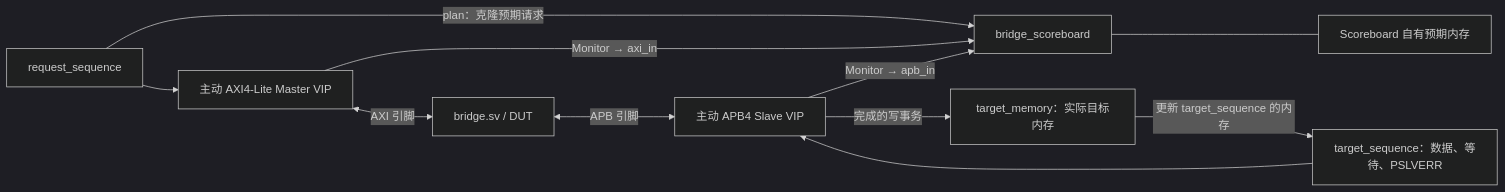
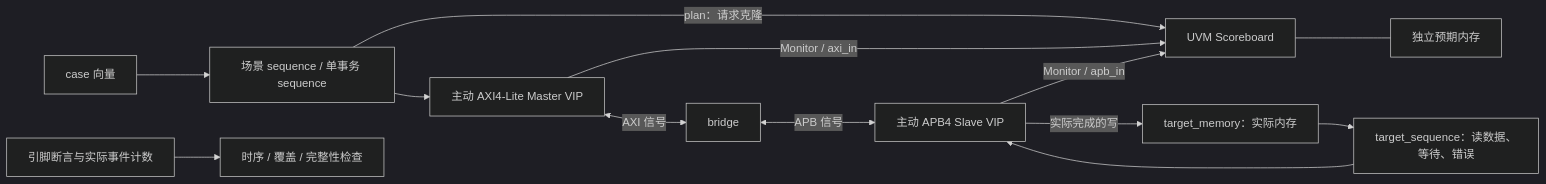
One commit to 5Mcv4He/ProtocolBridge-RL changed the second of 2 diagrams in docs/architecture.md. Above: the diagram before and after it, drawn with Mermaid (dark theme). The commit also changed other lines of this file and 34 other files, not shown here.

````diff
--- a/docs/architecture.md
+++ b/docs/architecture.md
@@ -41,13 +43,15 @@
 ```mermaid
 flowchart LR
-    SEQ["request_sequence"] --> AXI["主动 AXI4-Lite Master VIP"]
-    AXI <-->|"AXI 引脚"| DUT["bridge.sv / DUT"]
-    DUT <-->|"APB 引脚"| APB["主动 APB4 Slave VIP"]
-    SEQ -->|"plan：克隆预期请求"| SB["bridge_scoreboard"]
-    AXI -->|"Monitor → axi_in"| SB
-    APB -->|"Monitor → apb_in"| SB
-    APB -->|"完成的写事务"| MEM["target_memory：实际目标内存"]
-    MEM -->|"更新 target_sequence 的内存"| RESP["target_sequence：数据、等待、PSLVERR"]
-    RESP --> APB
-    SB --- EXP["Scoreboard 自有预期内存"]
+    Plan["case 向量"] --> Seq["场景 sequence / 单事务 sequence"]
+    Seq --> AXI["主动 AXI4-Lite Master VIP"]
+    AXI <-->|"AXI 信号"| DUT["bridge"]
+    DUT <-->|"APB 信号"| APB["主动 APB4 Slave VIP"]
+    Seq -->|"plan：请求克隆"| SB["UVM Scoreboard"]
+    AXI -->|"Monitor / axi_in"| SB
+    APB -->|"Monitor / apb_in"| SB
+    APB -->|"实际完成的写"| Actual["target_memory：实际内存"]
+    Actual --> Target["target_sequence：读数据、等待、错误"]
+    Target --> APB
+    SB --- Expected["独立预期内存"]
+    Pins["引脚断言与实际事件计数"] --> Checks["时序 / 覆盖 / 完整性检查"]
 ```
````
